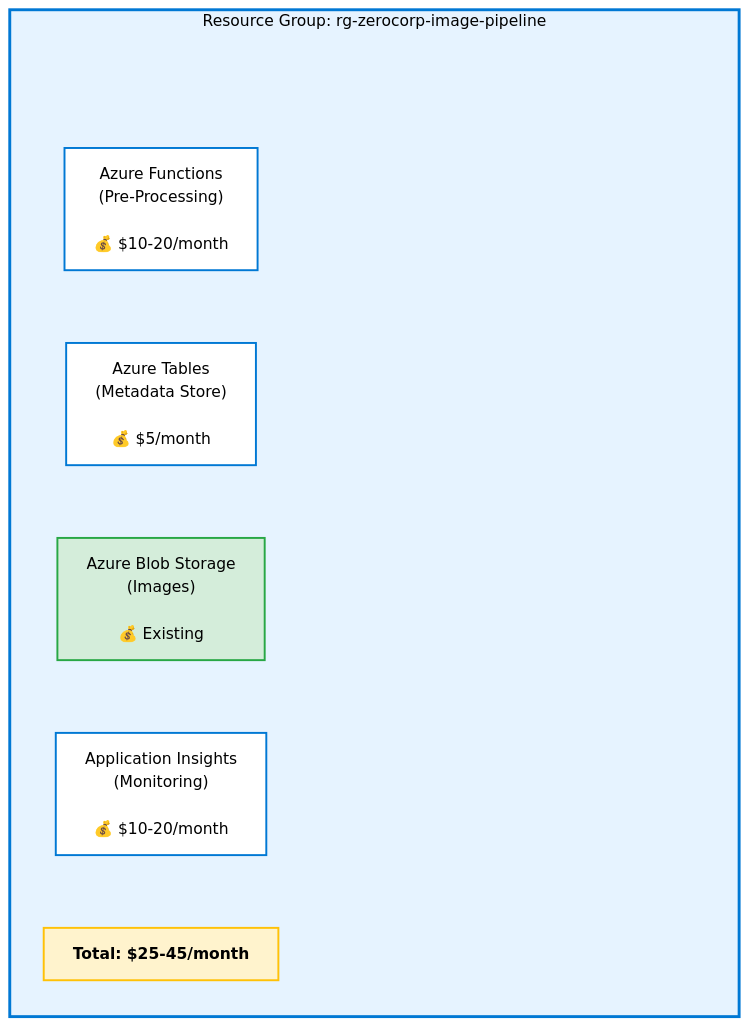
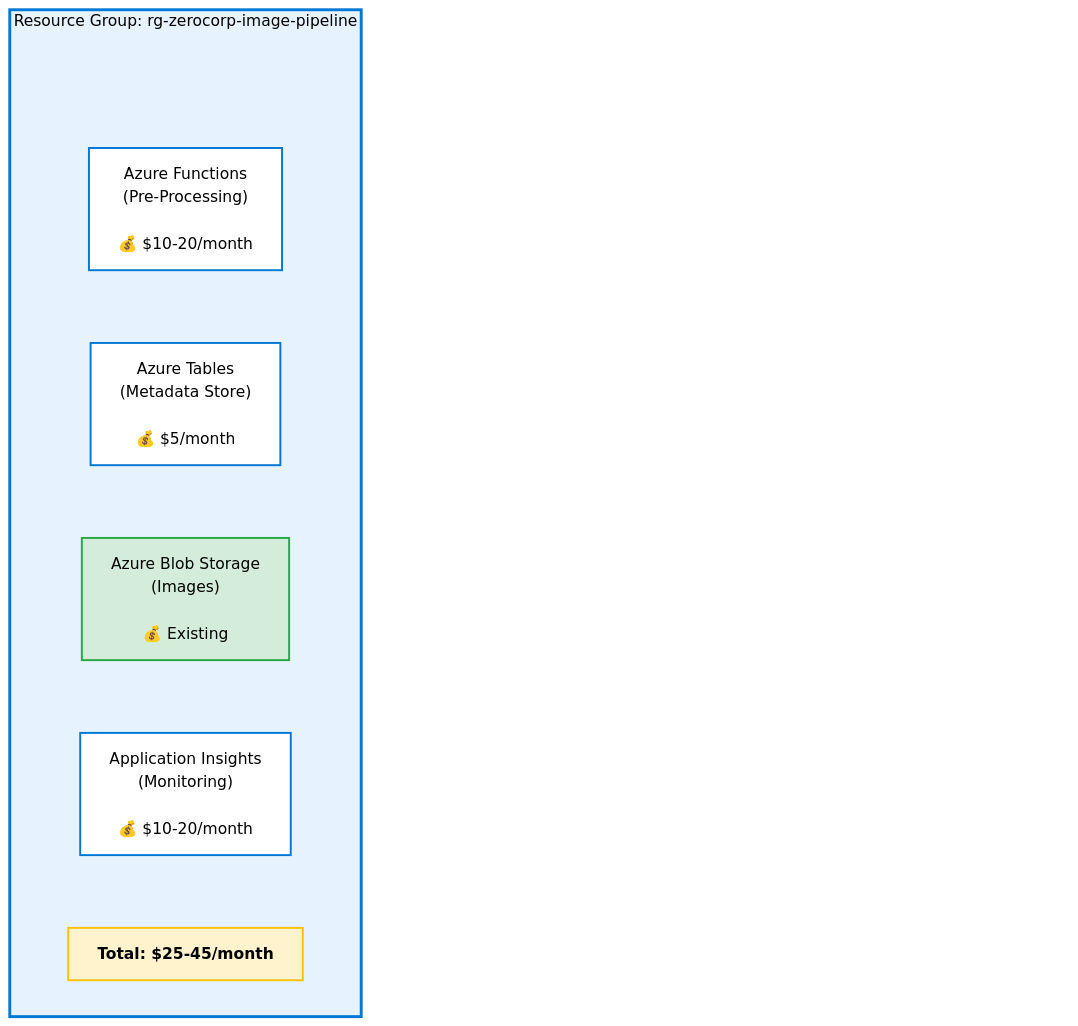
Before and after one commit to anandSgunti/cloud: the fourth of 5 diagrams in 02-The-Bug/02_Solution_Architecture.md, drawn with Mermaid (base theme).

````diff
--- a/02-The-Bug/02_Solution_Architecture.md
+++ b/02-The-Bug/02_Solution_Architecture.md
@@ -201,35 +201,35 @@
 ```mermaid
 graph TB
     subgraph RG["Resource Group: rg-zerocorp-image-pipeline"]
         direction TB
         SPACER1[" "]
         AF["Azure Functions<br/>(Pre-Processing)<br/><br/>💰 $10-20/month"]
-        SPACER2[" "]
+   
         AT["Azure Tables<br/>(Metadata Store)<br/><br/>💰 $5/month"]
-        SPACER3[" "]
+    
         BS["Azure Blob Storage<br/>(Images)<br/><br/>💰 Existing"]
-        SPACER4[" "]
+    
         AI["Application Insights<br/>(Monitoring)<br/><br/>💰 $10-20/month"]
-        SPACER5[" "]
+  
         TOTAL["Total: $25-45/month"]
         
         SPACER1 ~~~ AF
         AF ~~~  AT
         AT ~~~  BS
         BS ~~~  AI
         AI ~~~ TOTAL
     end
     
     style RG fill:#e6f3ff,stroke:#0078d4,stroke-width:3px,color:#000
     style AF fill:#fff,stroke:#0078d4,stroke-width:2px,color:#000
     style AT fill:#fff,stroke:#0078d4,stroke-width:2px,color:#000
     style BS fill:#d4edda,stroke:#28a745,stroke-width:2px,color:#000
     style AI fill:#fff,stroke:#0078d4,stroke-width:2px,color:#000
     style TOTAL fill:#fff3cd,stroke:#ffc107,stroke-width:2px,color:#000,font-weight:bold
     
     style SPACER1 fill:none,stroke:none,color:transparent
     style SPACER2 fill:none,stroke:none,color:transparent
     style SPACER3 fill:none,stroke:none,color:transparent
     style SPACER4 fill:none,stroke:none,color:transparent
     style SPACER5 fill:none,stroke:none,color:transparent
 ```
````
